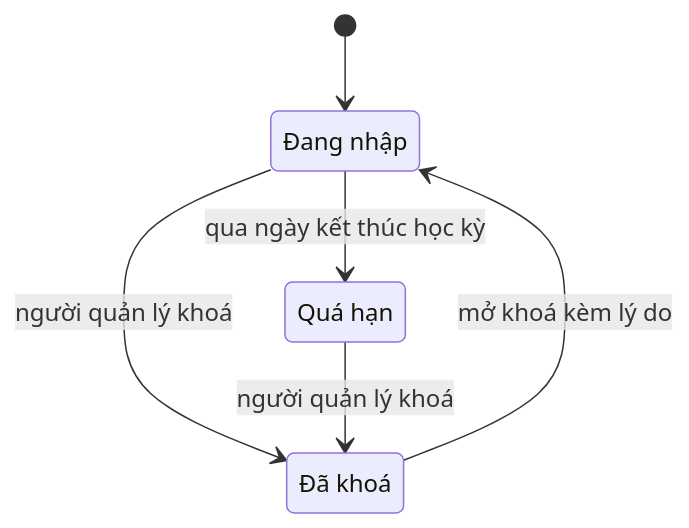
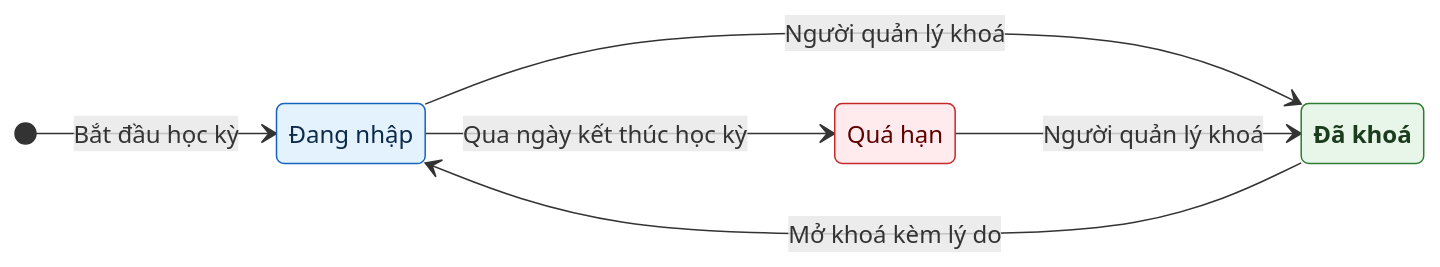
Before and after one commit to luckyshopvn/school_management: the ninth of 17 diagrams in tai_lieu/34_TONG_HOP_CHUC_NANG_HE_THONG/03_DAY_HOC_VA_KIEM_TRA_DANH_GIA.md, drawn with Mermaid. The commit also changed other lines of this file and 8 other files, not shown here.

````diff
--- a/tai_lieu/34_TONG_HOP_CHUC_NANG_HE_THONG/03_DAY_HOC_VA_KIEM_TRA_DANH_GIA.md
+++ b/tai_lieu/34_TONG_HOP_CHUC_NANG_HE_THONG/03_DAY_HOC_VA_KIEM_TRA_DANH_GIA.md
@@ -490,11 +724,23 @@
 ```mermaid
 stateDiagram-v2
-    state "Đang nhập" as open
-    state "Quá hạn" as overdue
-    state "Đã khoá" as locked
-    [*] --> open
-    open --> overdue : qua ngày kết thúc học kỳ
-    open --> locked : người quản lý khoá
-    overdue --> locked : người quản lý khoá
-    locked --> open : mở khoá kèm lý do
+  direction LR
+  classDef nhap fill:#eceff1,stroke:#546e7a,color:#263238
+  classDef cho fill:#fff3e0,stroke:#ef6c00,color:#4e2600
+  classDef dang fill:#e3f2fd,stroke:#1565c0,color:#0d2a4a
+  classDef xong fill:#e8f5e9,stroke:#2e7d32,color:#1b3d1d,font-weight:bold
+  classDef huy fill:#ffebee,stroke:#c62828,color:#5f0000
+
+  state "Đang nhập" as open
+  state "Quá hạn" as overdue
+  state "Đã khoá" as locked
+
+  [*] --> open : Bắt đầu học kỳ
+  open --> overdue : Qua ngày kết thúc học kỳ
+  open --> locked : Người quản lý khoá
+  overdue --> locked : Người quản lý khoá
+  locked --> open : Mở khoá kèm lý do
+
+  class open dang
+  class overdue huy
+  class locked xong
 ```
````
